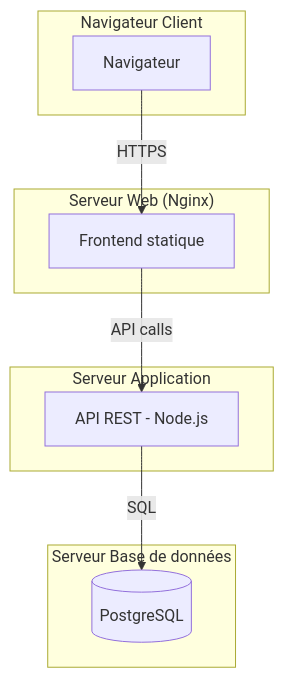
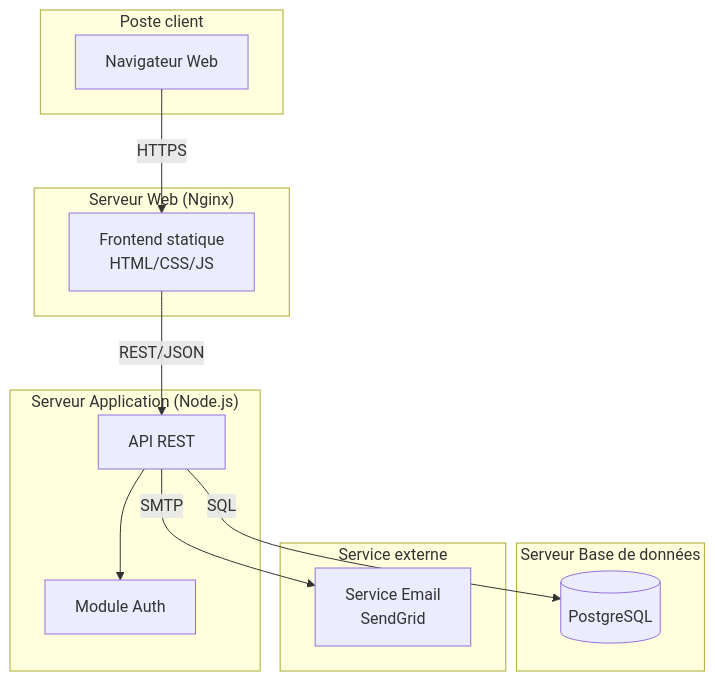
The fourth of 6 diagrams in 07-diagramme-composants-deploiement/notes.md (JR-CIEL-2-PROGRAMMATION/uml-learning), drawn with Mermaid before and after one commit. The commit also changed other lines of this file and 5 other files, not shown here.

````diff
--- a/07-diagramme-composants-deploiement/notes.md
+++ b/07-diagramme-composants-deploiement/notes.md
@@ -46,19 +139,29 @@
 ```mermaid
 flowchart TB
+    subgraph "Poste client"
+        Browser[Navigateur Web]
+    end
+
     subgraph "Serveur Web (Nginx)"
-        FE[Frontend statique]
+        FE[Frontend statique\nHTML/CSS/JS]
     end
-    subgraph "Serveur Application"
-        API[API REST - Node.js]
+
+    subgraph "Serveur Application (Node.js)"
+        API[API REST]
+        Auth[Module Auth]
     end
+
     subgraph "Serveur Base de données"
         DB[(PostgreSQL)]
     end
-    subgraph "Navigateur Client"
-        Browser[Navigateur]
+
+    subgraph "Service externe"
+        Email[Service Email\nSendGrid]
     end
 
     Browser -->|HTTPS| FE
-    FE -->|API calls| API
+    FE -->|REST/JSON| API
+    API --> Auth
     API -->|SQL| DB
+    API -->|SMTP| Email
 ```
````
